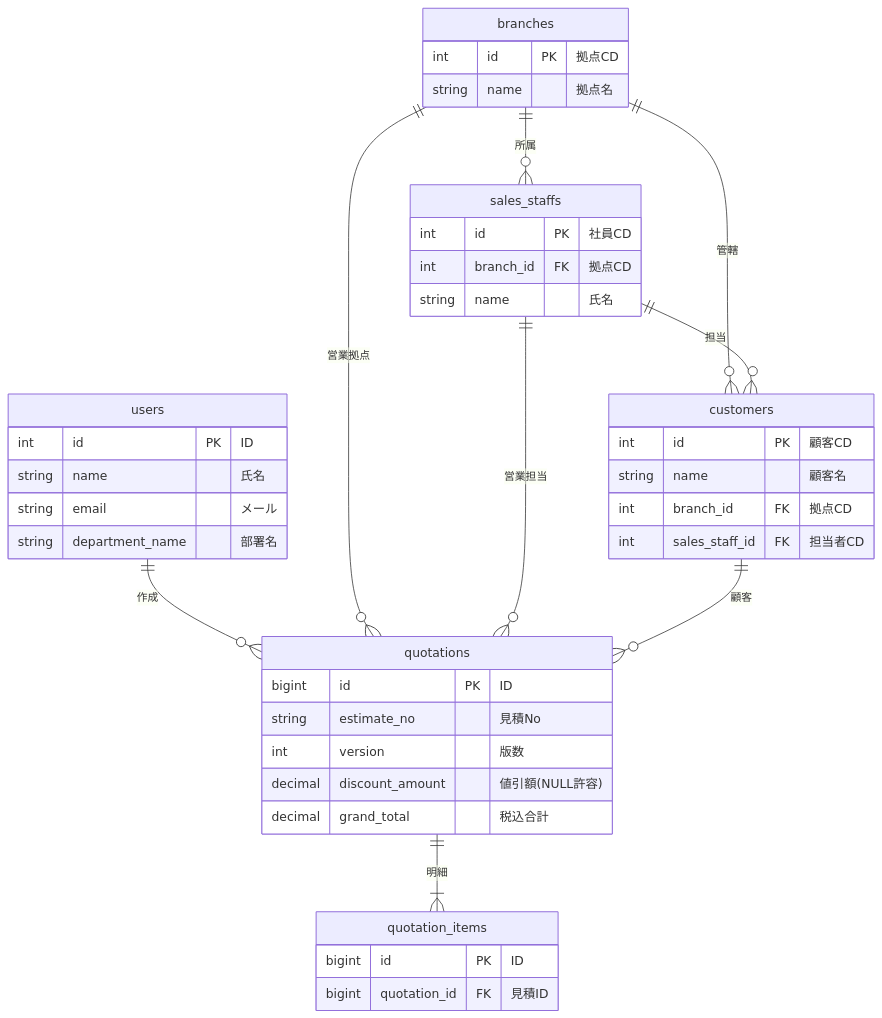
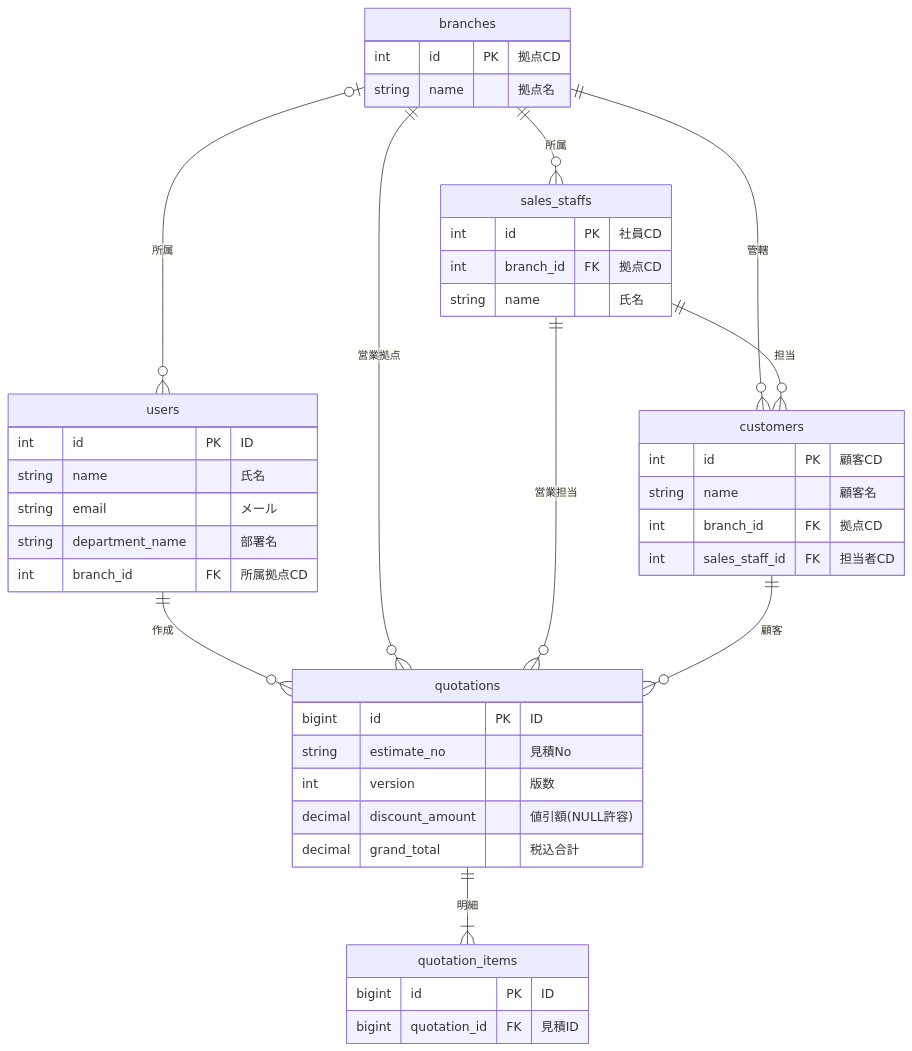
One commit to gantaro-max/quotation-app changed the diagram in docs/DATABASE.md. Above: the diagram before and after it, drawn with Mermaid. The commit also changed other lines of this file and 11 other files, not shown here.

````diff
--- a/docs/DATABASE.md
+++ b/docs/DATABASE.md
@@ -9,46 +9,48 @@
 ```mermaid
 erDiagram
     branches ||--o{ sales_staffs : "所属"
     branches ||--o{ customers : "管轄"
     sales_staffs ||--o{ customers : "担当"
 
+    branches o|--o{ users : "所属"
     users ||--o{ quotations : "作成"
     branches ||--o{ quotations : "営業拠点"
     sales_staffs ||--o{ quotations : "営業担当"
     customers ||--o{ quotations : "顧客"
 
     quotations ||--|{ quotation_items : "明細"
 
     branches {
         int id PK "拠点CD"
         string name "拠点名"
     }
     users {
         int id PK "ID"
         string name "氏名"
         string email "メール"
         string department_name "部署名"
+        int branch_id FK "所属拠点CD"
     }
     sales_staffs {
         int id PK "社員CD"
         int branch_id FK "拠点CD"
         string name "氏名"
     }
     customers {
         int id PK "顧客CD"
         string name "顧客名"
         int branch_id FK "拠点CD"
         int sales_staff_id FK "担当者CD"
     }
     quotations {
         bigint id PK "ID"
         string estimate_no "見積No"
         int version "版数"
         decimal discount_amount "値引額(NULL許容)"
         decimal grand_total "税込合計"
     }
     quotation_items {
         bigint id PK "ID"
         bigint quotation_id FK "見積ID"
     }
 ```
````
